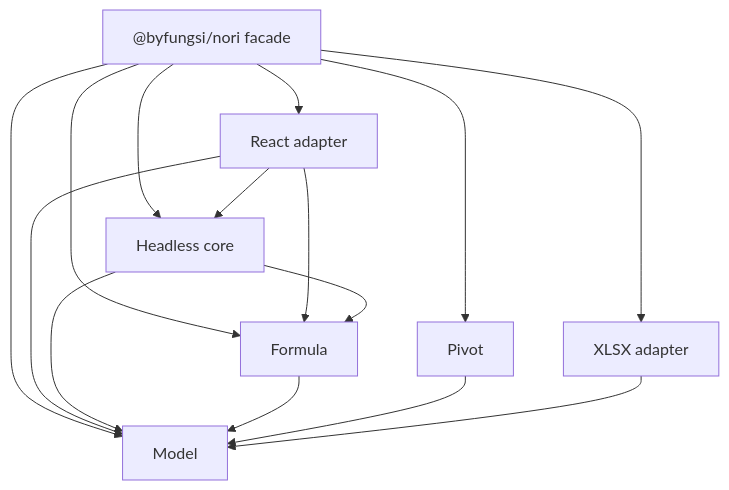
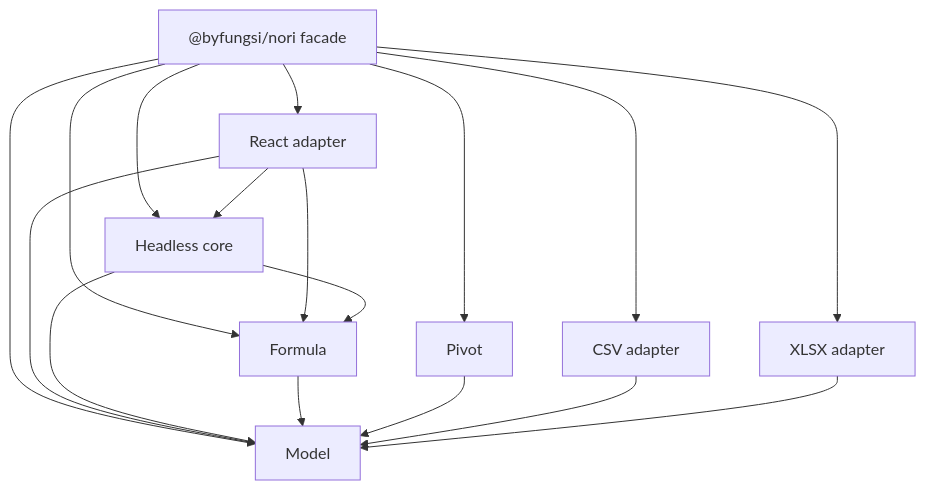
The diagram in docs/architecture.md (byfungsi/nori), drawn with Mermaid before and after one commit. The commit also changed other lines of this file and 27 other files, not shown here.

````diff
--- a/docs/architecture.md
+++ b/docs/architecture.md
@@ -3,17 +3,19 @@
 ```mermaid
 graph TD
   facade["@byfungsi/nori facade"] --> react["React adapter"]
   facade --> xlsx["XLSX adapter"]
   facade --> core["Headless core"]
   facade --> pivot["Pivot"]
   facade --> formula["Formula"]
   facade --> model["Model"]
   react --> core
   react --> model
   react --> formula
   core --> formula
   core --> model
   formula --> model
   pivot --> model
+  csv["CSV adapter"] --> model
+  facade --> csv
   xlsx --> model
 ```
````
